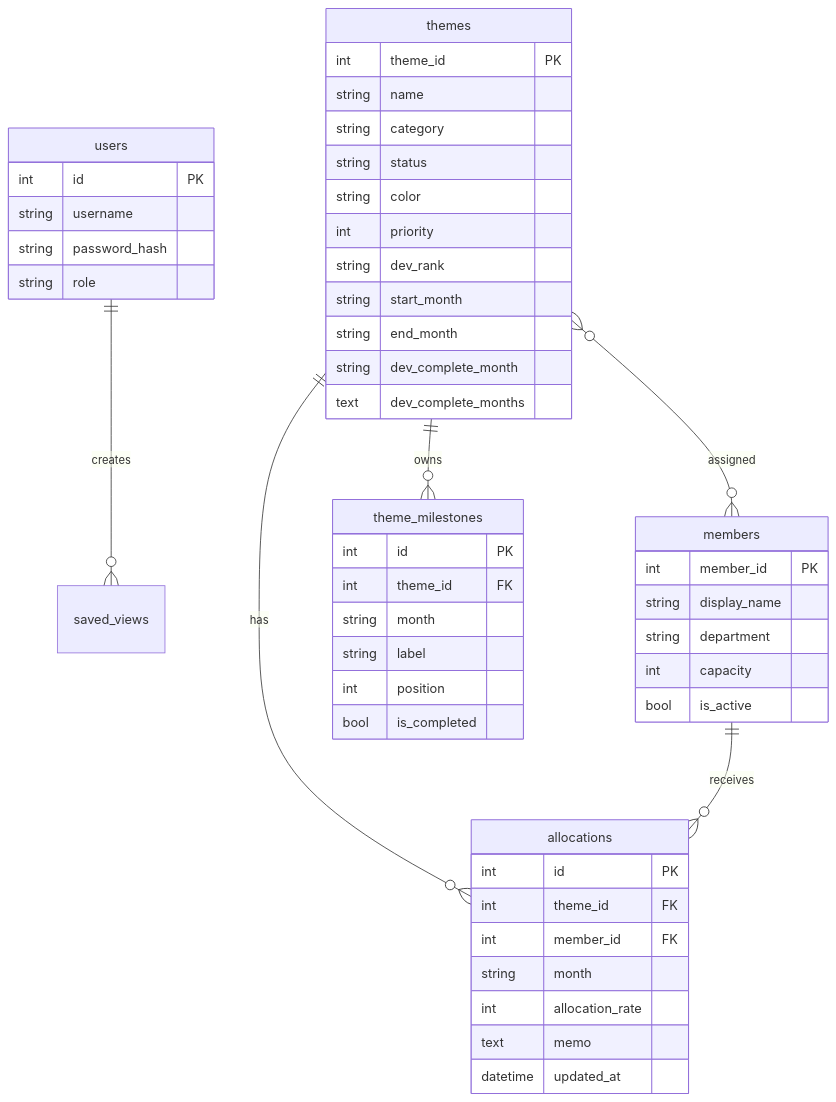
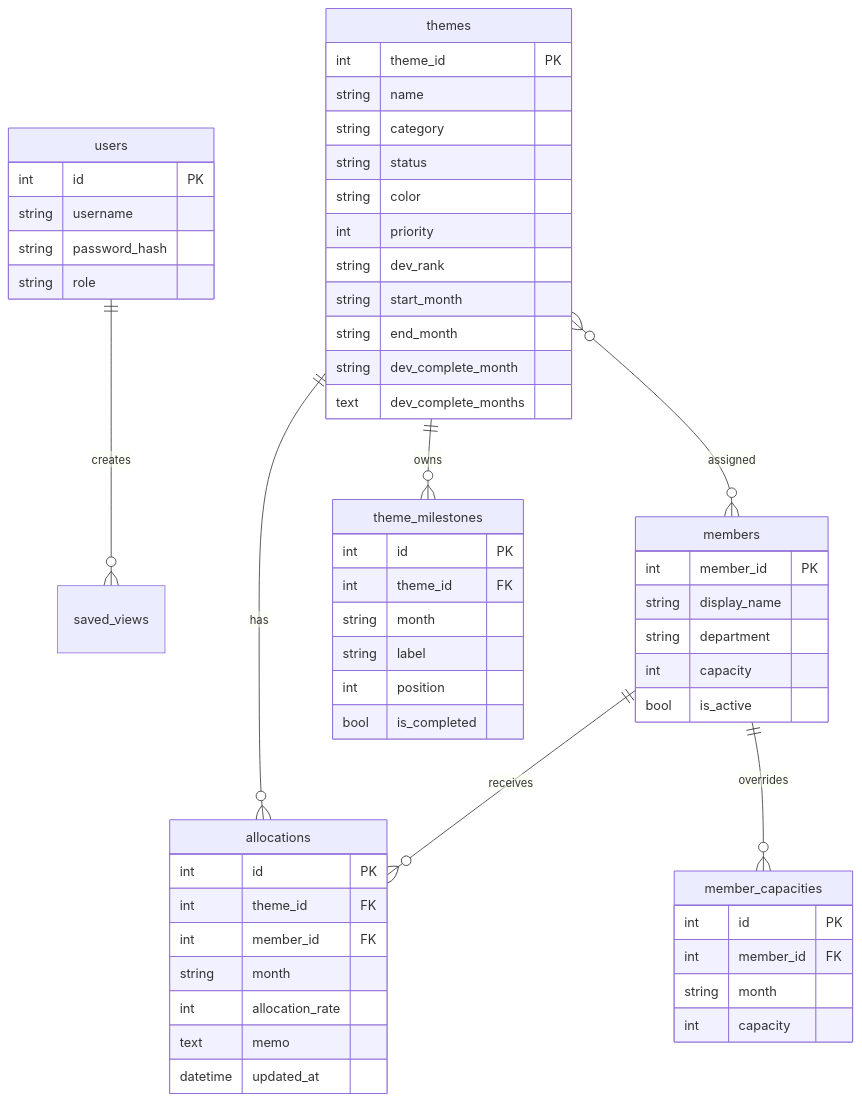
The fourth of 7 diagrams in SoftwareDesign.md (masakinakai3/Manage), drawn with Mermaid before and after one commit. The commit also changed other lines of this file and 24 other files, not shown here.

Commit message:
Add monthly member capacity controls

````diff
--- a/SoftwareDesign.md
+++ b/SoftwareDesign.md
@@ -194,56 +194,64 @@
 ```mermaid
 erDiagram
     users ||--o{ saved_views : creates
     themes ||--o{ allocations : has
     members ||--o{ allocations : receives
+    members ||--o{ member_capacities : overrides
     themes ||--o{ theme_milestones : owns
     themes }o--o{ members : assigned
 
     users {
         int id PK
         string username
         string password_hash
         string role
     }
 
     themes {
         int theme_id PK
         string name
         string category
         string status
         string color
         int priority
         string dev_rank
         string start_month
         string end_month
         string dev_complete_month
         text dev_complete_months
     }
 
     theme_milestones {
         int id PK
         int theme_id FK
         string month
         string label
         int position
         bool is_completed
     }
 
     members {
         int member_id PK
         string display_name
         string department
         int capacity
         bool is_active
     }
 
+    member_capacities {
+        int id PK
+        int member_id FK
+        string month
+        int capacity
+    }
+
     allocations {
         int id PK
         int theme_id FK
         int member_id FK
         string month
         int allocation_rate
         text memo
         datetime updated_at
     }
 ```
````
